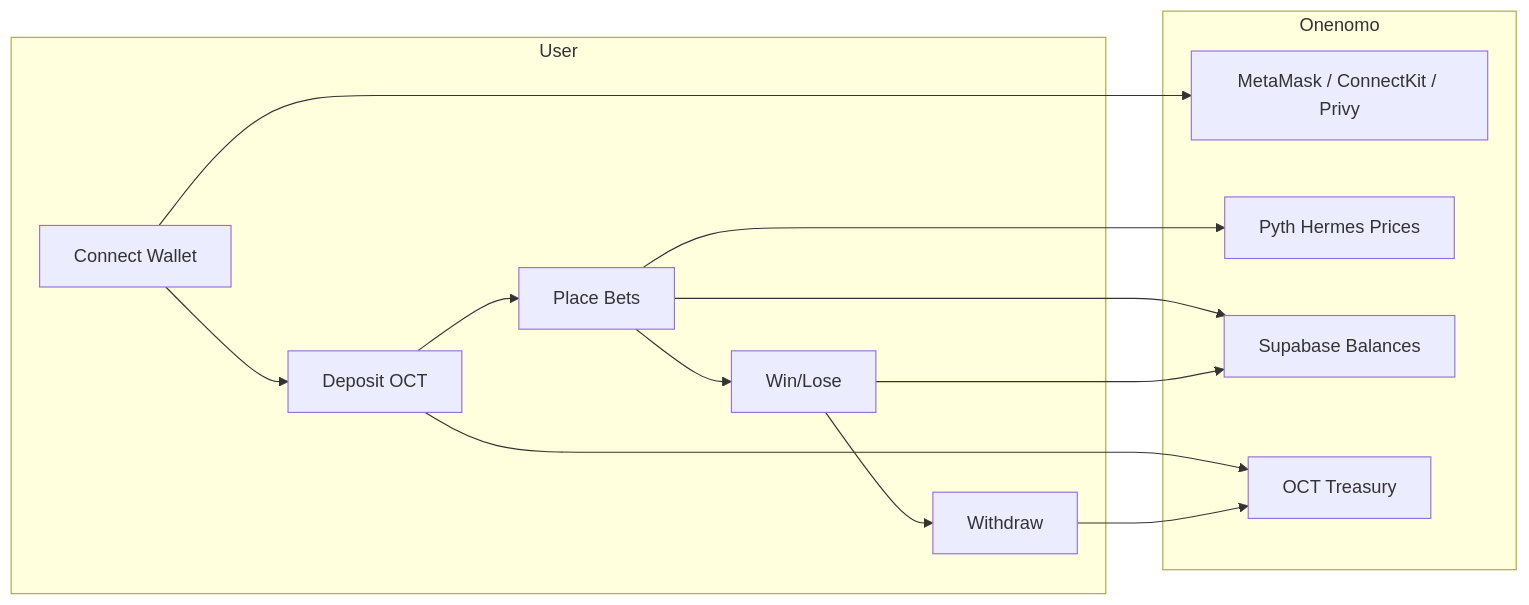
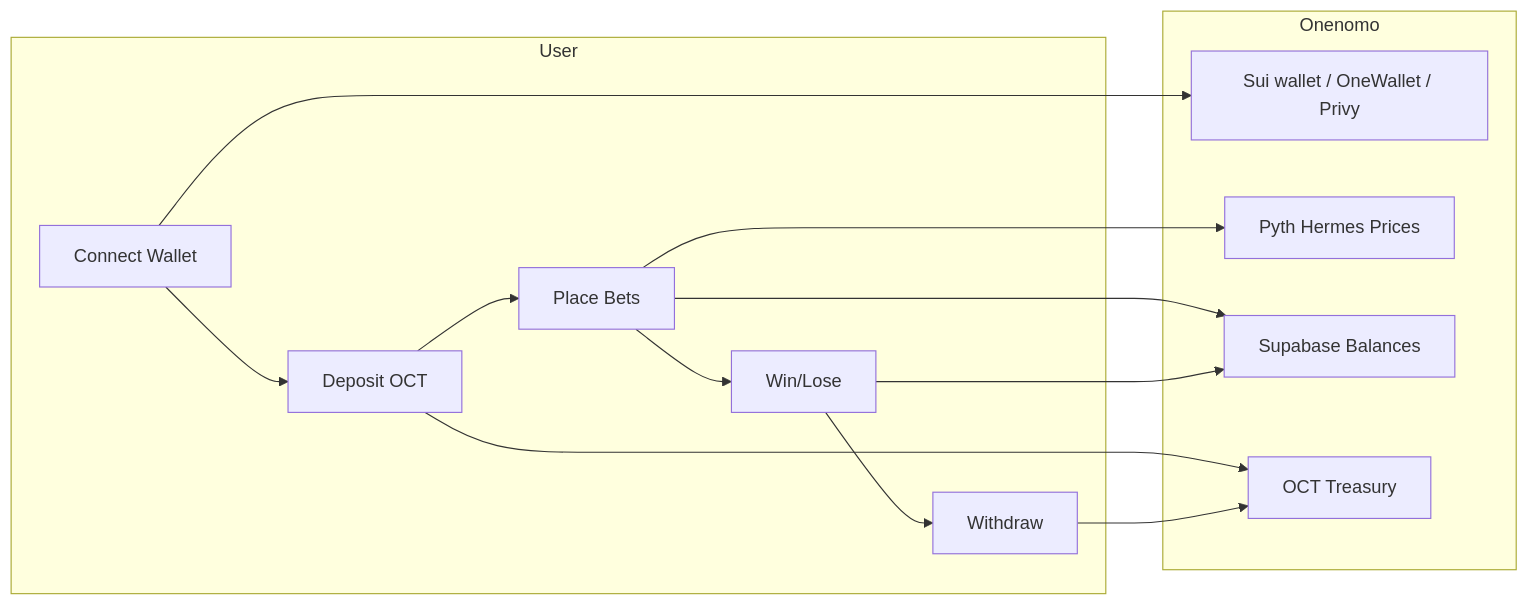
Before and after one commit to AmaanSayyad/Onenomo: the first of 4 diagrams in README.md, drawn with Mermaid. The commit also changed other lines of this file, not shown here.

````diff
--- a/README.md
+++ b/README.md
@@ -158,21 +159,21 @@
 ```mermaid
 flowchart LR
     subgraph User
         A[Connect Wallet] --> B[Deposit OCT]
         B --> C[Place Bets]
         C --> D[Win/Lose]
         D --> E[Withdraw]
     end
     subgraph Onenomo
-        F[MetaMask / ConnectKit / Privy]
+        F[Sui wallet / OneWallet / Privy]
         G[Pyth Hermes Prices]
         H[Supabase Balances]
         I[OCT Treasury]
     end
     A --> F
     B --> I
     C --> G
     C --> H
     D --> H
     E --> I
 ```
````
